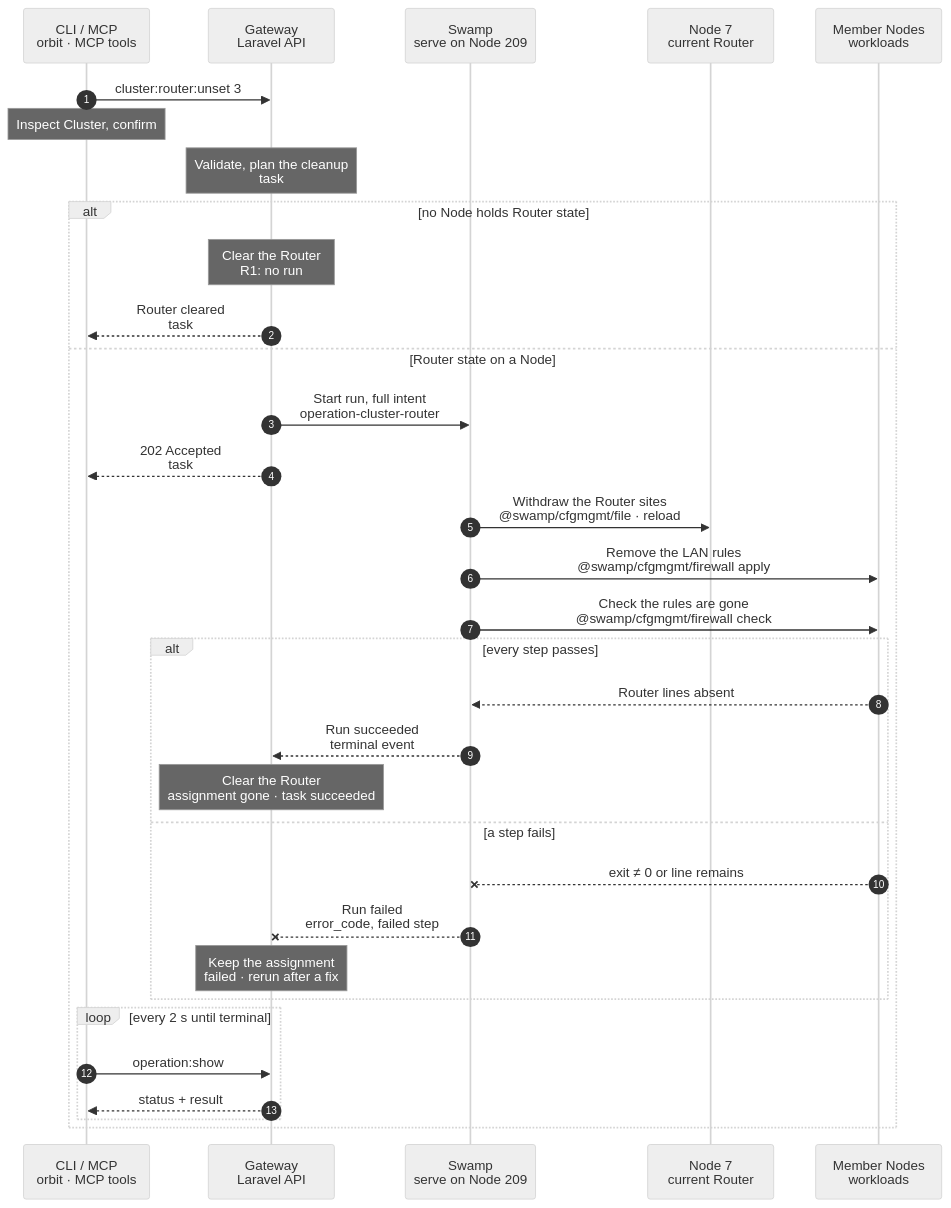
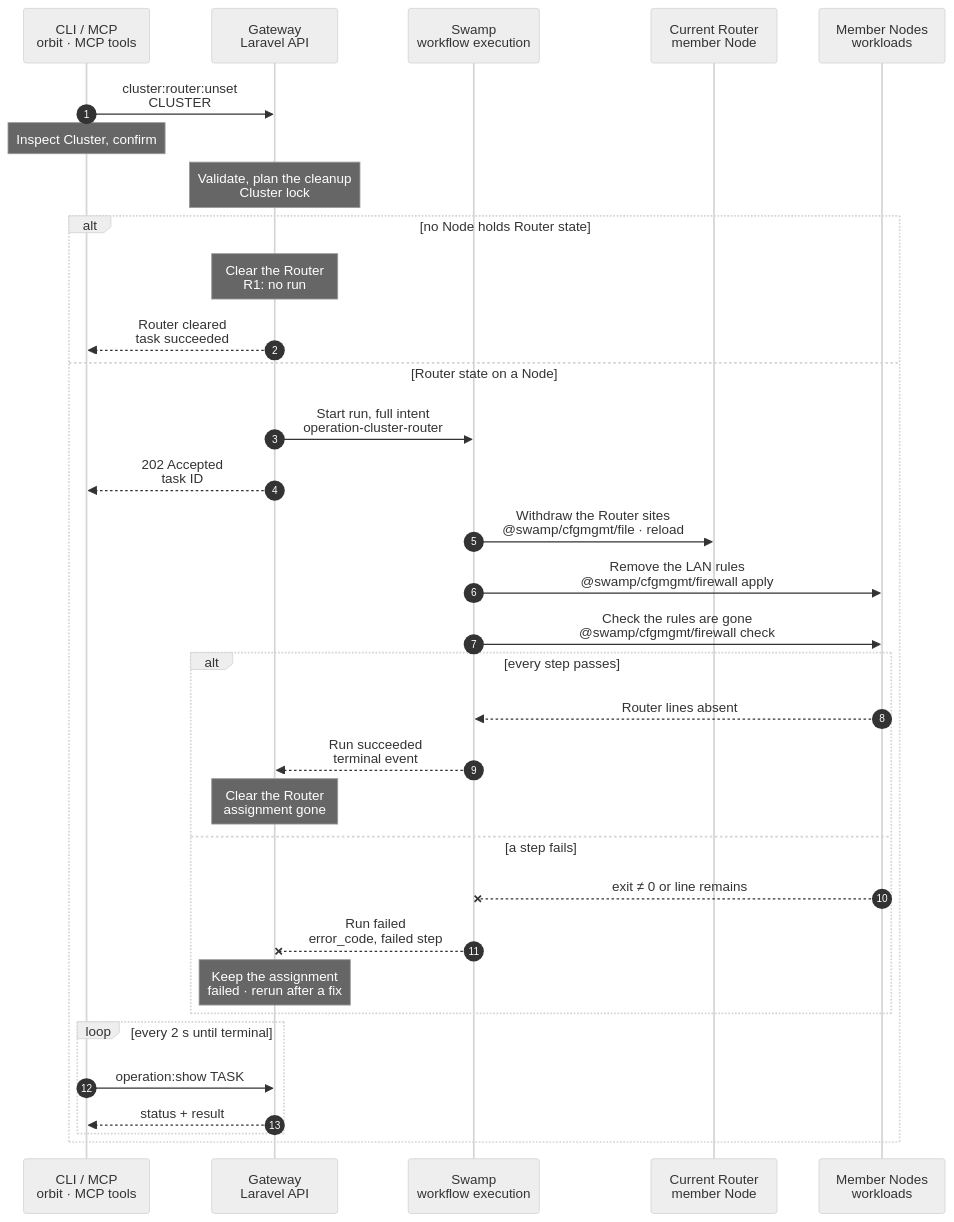
Before and after one commit to hardimpactdev/orbit: the diagram in docs/cli/cluster/router-unset.mmd, drawn with Mermaid (neutral theme). The commit also changed 2 other files, not shown here.

Commit message:
docs(cluster): cluster:router:unset is ready (chart, page, cases)

```diff
--- a/docs/cli/cluster/router-unset.mmd
+++ b/docs/cli/cluster/router-unset.mmd
@@ -1,113 +1,109 @@
 sequenceDiagram
   %% Target design: ADR 0244 task, DECISIONS R2-R4, same shape as cluster.router_set. docs/reference/native-cluster-router.md, docs/cli/cluster.mdx.
   %% Tightened: flow-tighten 2026-11-02, rules 1, 22 (no empty DNS note step; cfgmgmt file for the sites).
-  %% status: draft
+  %% status: reviewed
   %% command: cluster:router:unset
   %% kind: cluster.router_unset
   autonumber
   %% lane CLI icon=terminal pill=caller tone=gray
   %% lane GW icon=gateway pill=intent tone=blue
   %% lane SW icon=workflow pill=executes tone=green
   %% lane N icon=server pill=target tone=amber
   %% lane M icon=server pill=target tone=purple
   participant CLI as CLI / MCP<br/>orbit · MCP tools
   participant GW as Gateway<br/>Laravel API
-  participant SW as Swamp<br/>serve on Node 209
-  participant N as Node 7<br/>current Router
+  participant SW as Swamp<br/>workflow execution
+  participant N as Current Router<br/>member Node
   participant M as Member Nodes<br/>workloads
-  CLI->>GW: cluster:router:unset 3
+  CLI->>GW: cluster:router:unset<br/>CLUSTER
   %%> Command:
-  %%> - `orbit cluster:router:unset 3`
-  %%> - syntax: `<cluster> [--force] [--idempotency-key=KEY] [--json]`
-  %%> Options:
-  %%> - `--idempotency-key`: reuses the same Operation admission for a retry with the same key
-  %%> - `--json`: waits for the terminal Operation and renders it as JSON
+  %%> - `orbit cluster:router:unset CLUSTER`
+  %%> - syntax: `<cluster> [--force] [--json]`
   %%> Confirmation:
-  %%> - without `--force`, the CLI asks first; the default is No
-  %%> - without a terminal, or with `--json`, `--force` is required
+  %%> - without `--force`, the CLI asks first; the default is No; without a terminal, or with `--json`, `--force` is required
   Note over CLI: Inspect Cluster, confirm
   %%> What it does:
-  %%> - reads Cluster 3 and asks for confirmation; the default is No
-  Note over GW: Validate, plan the cleanup<br/>task #5161 · Cluster lock
+  %%> - reads the Cluster and asks for confirmation; the default is No
+  Note over GW: Validate, plan the cleanup<br/>Cluster lock
   %%> Requirements:
-  %%> - your Node has an access grant to Node 7
-  %%> - Cluster 3 is inactive or has no TLD (`cluster.active_router_required`)
-  %%> - Cluster 3 owns no Route (`cluster.routes_require_router`)
-  %%> - no other Router change runs for Cluster 3; the Gateway waits up to 30 seconds, then refuses with `cluster.router_busy`
+  %%> - the calling Node has an access grant to a member Node of the Cluster
+  %%> - the Cluster is inactive or has no TLD (`cluster.active_router_required`)
+  %%> - the Cluster owns no Route (`cluster.routes_require_router`, or `route.reconciliation_required` for an active Route)
+  %%> - no other Router change runs for the Cluster; the Gateway waits up to 30 seconds, then refuses with `cluster.router_busy`
   %%> Builds:
   %%> - the Router state to remove: Router sites and certificates, and the LAN rules only the Router needed
   %%> Result:
-  %%> - Node 7's `router` assignment recorded as retiring
-  %%> - task #5161 recorded with the full intent
+  %%> - the Router's `router` assignment is recorded as retiring
+  %%> - a task is recorded with the full intent
   %%> Decides:
   %%> - whether any Node holds Router state: a Router site, a Router certificate, or a LAN rule only the Router needed
   alt no Node holds Router state
     Note over GW: Clear the Router<br/>R1: no run
     %%> Result:
-    %%> - Node 7's `router` assignment is deleted and task #5161 succeeds at once; no Swamp run starts (R1)
-    GW-->>CLI: Router cleared<br/>task #5161 succeeded
+    %%> - the `router` assignment is deleted and the task succeeds at once; no Swamp run starts (R1)
+    GW-->>CLI: Router cleared<br/>task succeeded
     %%> What you get:
     %%> - the final result at once; there is nothing to follow
   else Router state on a Node
   GW->>SW: Start run, full intent<br/>operation-cluster-router
   %%> What it does:
-  %%> - starts one Swamp run on serve (Node 209)
+  %%> - starts one Swamp run
   %%> Inputs:
-  %%> - the state to remove, and the addresses and SSH host keys of Node 7 and the members
-  GW-->>CLI: 202 Accepted<br/>task #5161
+  %%> - the state to remove, and the addresses and SSH host keys of the Router and the members
+  GW-->>CLI: 202 Accepted<br/>task ID
   %%> What you get:
-  %%> - the task number, at once
+  %%> - the task ID, at once
   %%> Next:
   %%> - the CLI follows the task with `operation:show`
   SW->>N: Withdraw the Router sites<br/>@swamp/cfgmgmt/file · reload
   %%> How:
-  %%> - over SSH from 209 with `@swamp/ssh` and `@swamp/cfgmgmt/file`; `caddy validate`, then a reload
+  %%> - over SSH with `@swamp/ssh` and `@swamp/cfgmgmt/file`; `caddy validate`, then a reload
   %%> No DNS change:
   %%> - an inactive Cluster, or one without a TLD and Routes, gets no Router answers from private DNS
   %%> What it does:
   %%> - removes the Router sites and their certificates, validates the rest, and reloads Caddy; no restart
   %%> - Caddy and the packages stay, as for every role removal that keeps shared packages
   SW->>M: Remove the LAN rules<br/>@swamp/cfgmgmt/firewall apply
   %%> What it does:
-  %%> - on Node 7: removes the 443 and 53 allows for member LAN addresses
-  %%> - on each member: removes the allows for Node 7's LAN address that no other Route needs
+  %%> - on the Router: removes the 443 and 53 allows for member LAN addresses
+  %%> - on each member: removes the allows for the Router's LAN address that no other Route needs
   %%> - never removes WireGuard baseline rules
   SW->>M: Check the rules are gone<br/>@swamp/cfgmgmt/firewall check
   %%> What it does:
   %%> - reads ufw back on every Node and checks the Router lines are absent
   alt every step passes
     M-->>SW: Router lines absent
     %%> Returns:
     %%> - the check passed on every Node
     SW-->>GW: Run succeeded<br/>terminal event
     %%> How the Gateway learns it:
     %%> - its shared run reader sees the terminal event; Swamp never calls the Gateway
-    Note over GW: Clear the Router<br/>assignment gone · task succeeded
+    Note over GW: Clear the Router<br/>assignment gone
     %%> Result:
-    %%> - Node 7's `router` assignment is deleted; Cluster 3 has no Router
-    %%> - task #5161 succeeds
+    %%> - the `router` assignment is deleted; the Cluster has no Router
+    %%> - the task succeeds
   else a step fails
     M--xSW: exit ≠ 0 or line remains
     %%> When:
     %%> - Caddy refuses the config, SSH fails, or a rule is still present
     SW--xGW: Run failed<br/>error_code, failed step
     %%> The Gateway reads:
     %%> - which step failed and its error code
     Note over GW: Keep the assignment<br/>failed · rerun after a fix
     %%> Result:
-    %%> - Node 7's `router` assignment stays, marked failed
-    %%> - task #5161 fails
+    %%> - the `router` assignment stays, marked failed
+    %%> - the task fails
     %%> On the Node:
     %%> - steps that finished stay done; there is no rollback, because the Cluster serves no traffic through the Router
     %%> Retry:
     %%> - run the same command again; it skips what is already removed
   end
   loop every 2 s until terminal
-    CLI->>GW: operation:show #5161
+    CLI->>GW: operation:show TASK
     %%> What it does:
     %%> - asks for the task's status every 2 seconds until it has ended
     GW-->>CLI: status + result
     %%> Returns:
     %%> - the current status, and the result once the task has ended
   end
   end
```
